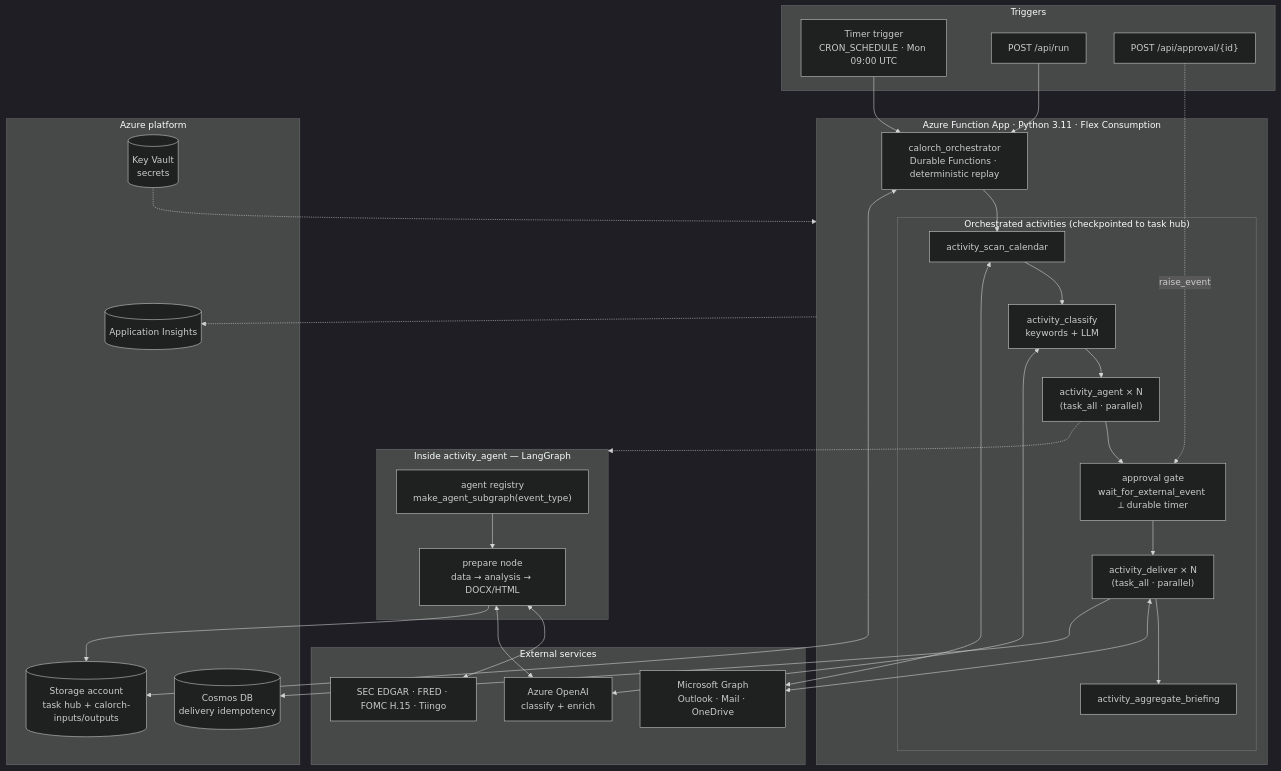
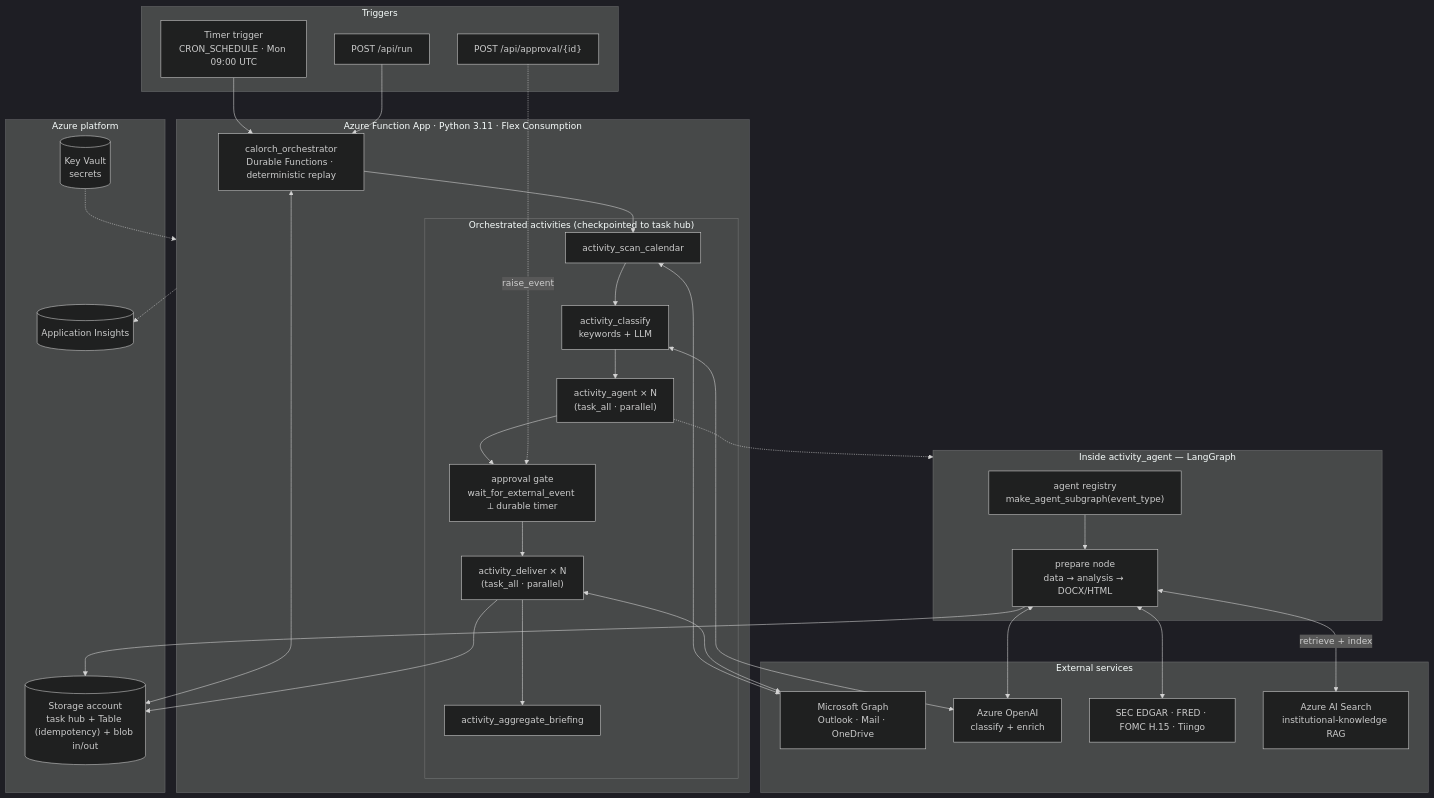
The diagram in README.md (arun-8687/calorch), drawn with Mermaid (dark theme) before and after one commit. The commit also changed other lines of this file and 13 other files, not shown here.

First line of the commit message:
feat: Azure Table for idempotency + Azure AI Search RAG for enrichment

````diff
--- a/README.md
+++ b/README.md
@@ -12,55 +12,56 @@
 ```mermaid
 flowchart TB
     subgraph TRIGGERS["Triggers"]
         TIMER["Timer trigger<br/>CRON_SCHEDULE · Mon 09:00 UTC"]
         HTTPRUN["POST /api/run"]
         HTTPAPP["POST /api/approval/{id}"]
     end
 
     subgraph FUNC["Azure Function App · Python 3.11 · Flex Consumption"]
         ORC["calorch_orchestrator<br/>Durable Functions · deterministic replay"]
         subgraph SEQ["Orchestrated activities (checkpointed to task hub)"]
             A1["activity_scan_calendar"]
             A2["activity_classify<br/>keywords + LLM"]
             A3["activity_agent × N<br/>(task_all · parallel)"]
             GATE["approval gate<br/>wait_for_external_event ⟂ durable timer"]
             A4["activity_deliver × N<br/>(task_all · parallel)"]
             A5["activity_aggregate_briefing"]
         end
         ORC --> A1 --> A2 --> A3 --> GATE --> A4 --> A5
     end
 
     subgraph AGENT["Inside activity_agent — LangGraph"]
         REG["agent registry<br/>make_agent_subgraph(event_type)"]
         SUB["prepare node<br/>data → analysis → DOCX/HTML"]
         REG --> SUB
     end
 
     subgraph EXTERNAL["External services"]
         M365["Microsoft Graph<br/>Outlook · Mail · OneDrive"]
         OPENAI["Azure OpenAI<br/>classify + enrich"]
         SECFRED["SEC EDGAR · FRED · FOMC H.15 · Tiingo"]
+        SEARCH["Azure AI Search<br/>institutional-knowledge RAG"]
     end
 
     subgraph AZURE["Azure platform"]
-        STG[("Storage account<br/>task hub + calorch-inputs/outputs")]
-        COSMOS[("Cosmos DB<br/>delivery idempotency")]
+        STG[("Storage account<br/>task hub + Table (idempotency) + blob in/out")]
         AI[("Application Insights")]
         KV[("Key Vault<br/>secrets")]
     end
 
     TIMER --> ORC
     HTTPRUN --> ORC
     HTTPAPP -.->|raise_event| GATE
     A3 -.-> AGENT
     A1 <--> M365
     A2 <--> OPENAI
     SUB <--> SECFRED
+    SUB <-->|retrieve + index| SEARCH
     SUB <--> OPENAI
     A4 <--> M365
-    A4 --> COSMOS
+    A4 --> STG
     ORC <--> STG
     SUB --> STG
     FUNC -.-> AI
     KV -.-> FUNC
 ```
````
